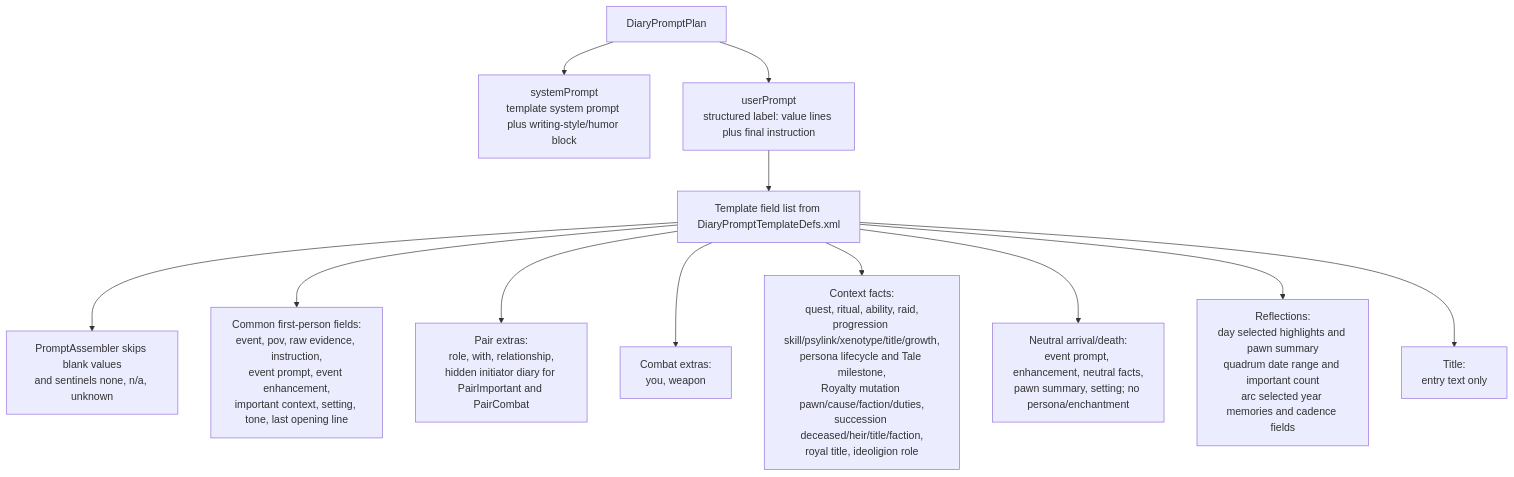
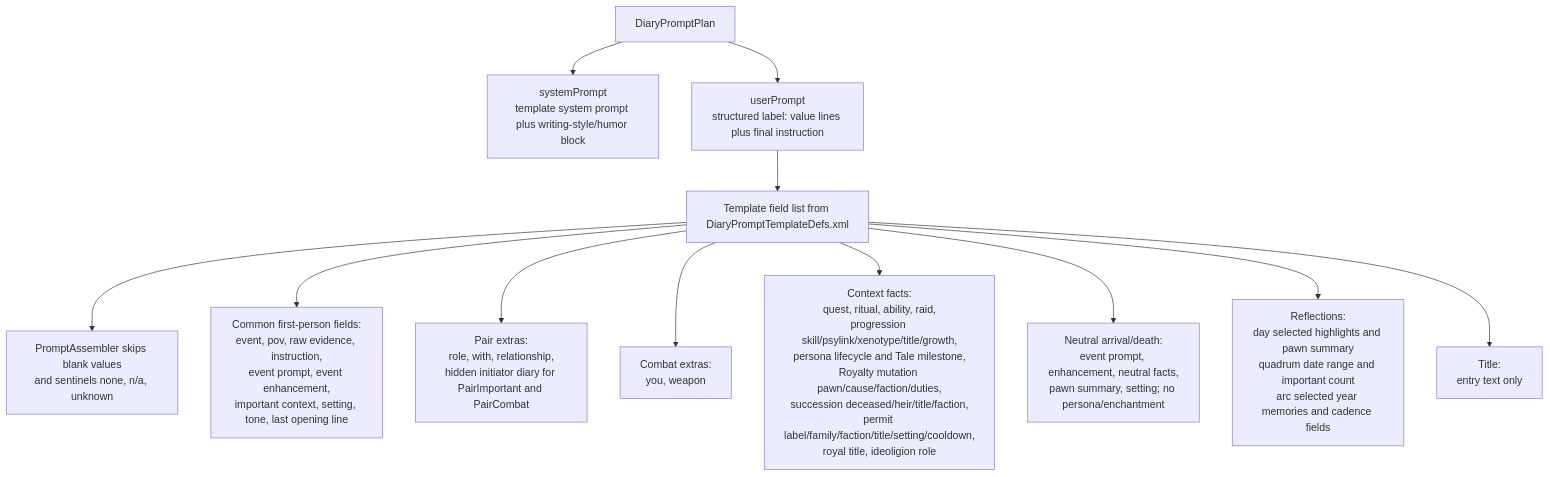
Before and after one commit to aimmlegate/PawnDiary: the sixth of 6 diagrams in EVENT_PROMPT_MAP.md, drawn with Mermaid. The commit also changed other lines of this file and 48 other files, not shown here.

````diff
--- a/EVENT_PROMPT_MAP.md
+++ b/EVENT_PROMPT_MAP.md
@@ -647,14 +674,14 @@
 ```mermaid
 flowchart TD
     Plan["DiaryPromptPlan"] --> System["systemPrompt<br/>template system prompt plus writing-style/humor block"]
     Plan --> User["userPrompt<br/>structured label: value lines plus final instruction"]
     User --> Fields["Template field list from DiaryPromptTemplateDefs.xml"]
     Fields --> Skip["PromptAssembler skips blank values<br/>and sentinels none, n/a, unknown"]
     Fields --> Common["Common first-person fields:<br/>event, pov, raw evidence, instruction,<br/>event prompt, event enhancement,<br/>important context, setting, tone, last opening line"]
     Fields --> PairFields["Pair extras:<br/>role, with, relationship,<br/>hidden initiator diary for PairImportant and PairCombat"]
     Fields --> CombatFields["Combat extras:<br/>you, weapon"]
-    Fields --> SourceFacts["Context facts:<br/>quest, ritual, ability, raid,<br/>progression skill/psylink/xenotype/title/growth,<br/>persona lifecycle and Tale milestone,<br/>Royalty mutation pawn/cause/faction/duties,<br/>succession deceased/heir/title/faction,<br/>royal title, ideoligion role"]
+    Fields --> SourceFacts["Context facts:<br/>quest, ritual, ability, raid,<br/>progression skill/psylink/xenotype/title/growth,<br/>persona lifecycle and Tale milestone,<br/>Royalty mutation pawn/cause/faction/duties,<br/>succession deceased/heir/title/faction,<br/>permit label/family/faction/title/setting/cooldown,<br/>royal title, ideoligion role"]
     Fields --> Boundary["Neutral arrival/death:<br/>event prompt, enhancement, neutral facts,<br/>pawn summary, setting; no persona/enchantment"]
     Fields --> Reflection["Reflections:<br/>day selected highlights and pawn summary<br/>quadrum date range and important count<br/>arc selected year memories and cadence fields"]
     Fields --> Title["Title:<br/>entry text only"]
 ```
````
